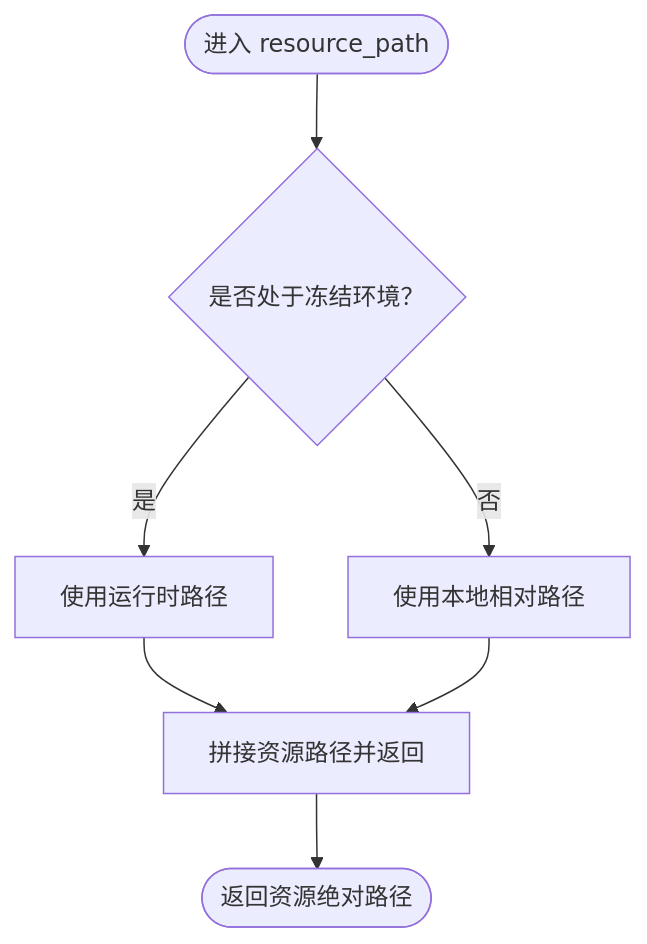
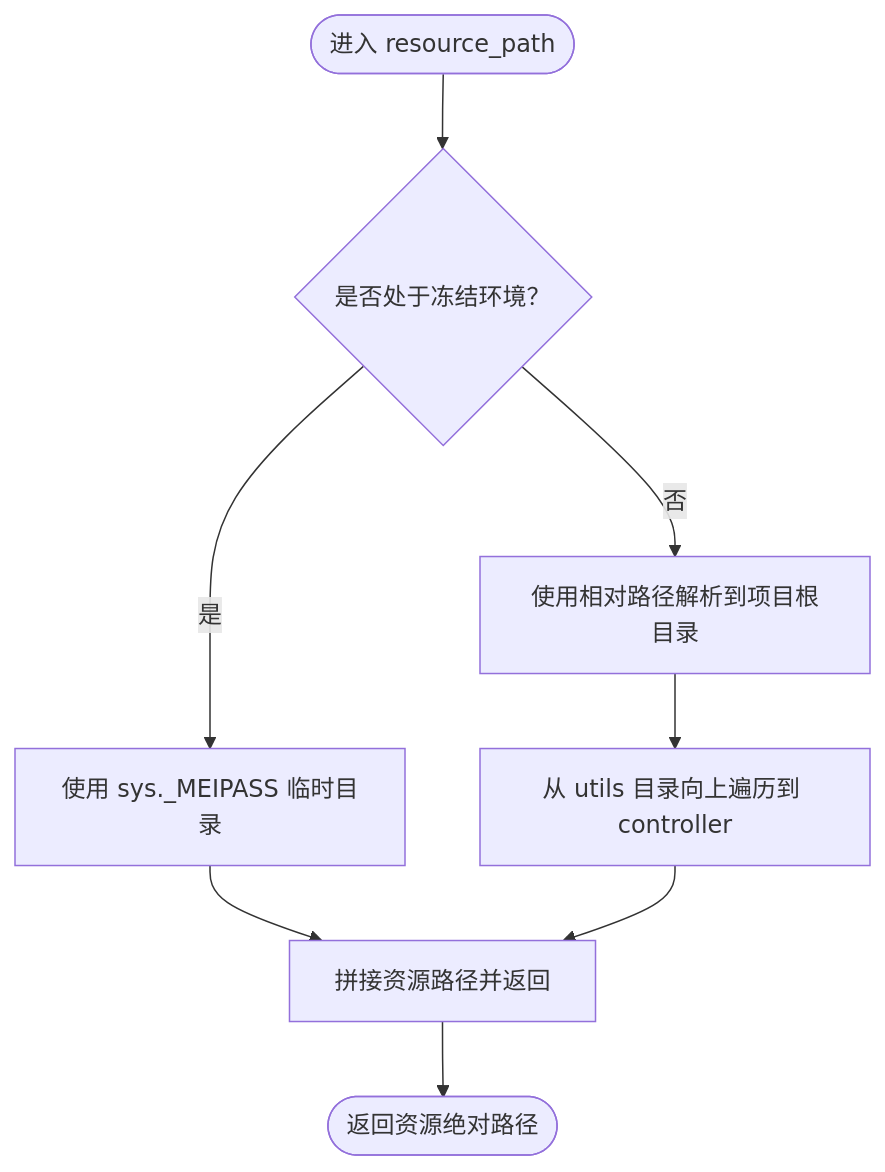
The third of 7 diagrams in .qoder/repowiki/zh/content/部署与分发/应用打包.md (Hankun-P/wireless-keyboard-toy), drawn with Mermaid before and after one commit. The commit also changed other lines of this file and 10 other files, not shown here.

````diff
--- a/.qoder/repowiki/zh/content/部署与分发/应用打包.md
+++ b/.qoder/repowiki/zh/content/部署与分发/应用打包.md
@@ -124,9 +134,10 @@
 ```mermaid
 flowchart TD
 Start(["进入 resource_path"]) --> CheckFrozen{"是否处于冻结环境？"}
-CheckFrozen --> |是| UseMeipass["使用运行时路径"]
-CheckFrozen --> |否| UseDev["使用本地相对路径"]
+CheckFrozen --> |是| UseMeipass["使用 sys._MEIPASS 临时目录"]
+CheckFrozen --> |否| UseDev["使用相对路径解析到项目根目录"]
 UseMeipass --> JoinPath["拼接资源路径并返回"]
-UseDev --> JoinPath
+UseDev --> ResolveBase["从 utils 目录向上遍历到 controller"]
+ResolveBase --> JoinPath
 JoinPath --> End(["返回资源绝对路径"])
 ```
````
